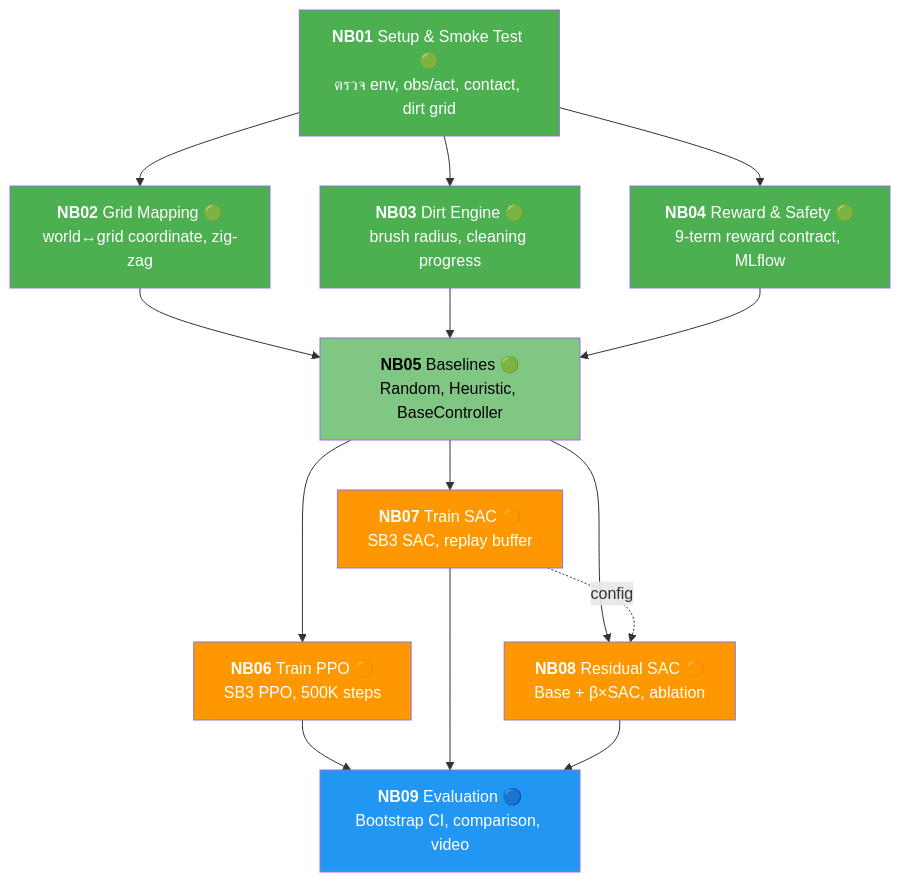
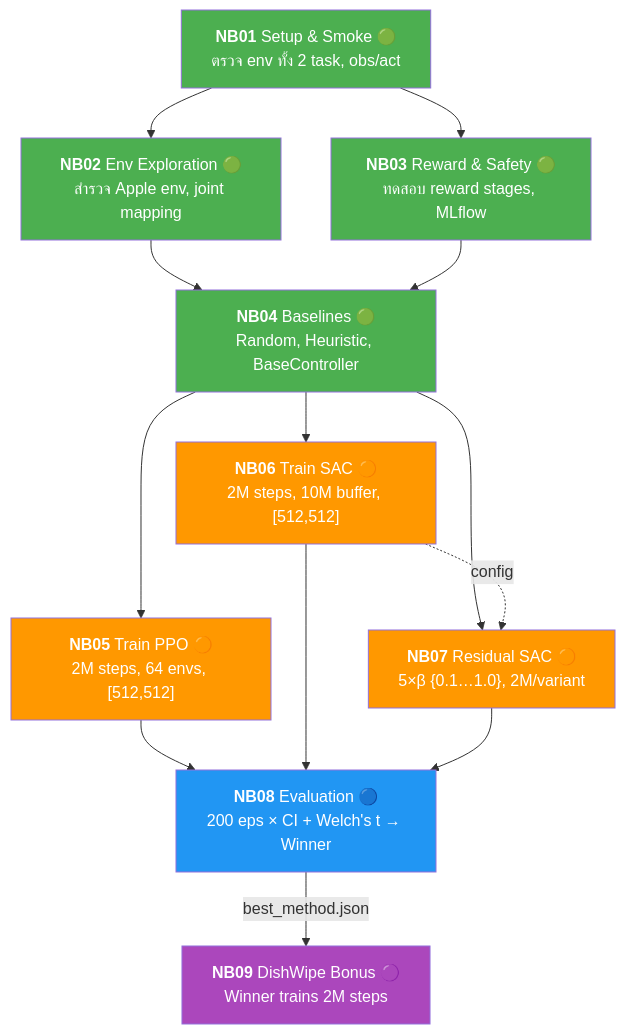
The diagram in README.md (siriponsri/robotic-sim-dishwash), drawn with Mermaid before and after one commit. The commit also changed other lines of this file and 68 other files, not shown here.

First line of the commit message:
refactor: Full-body G1 dual-task pipeline (Apple+DishWipe) for RTX 5090

````diff
--- a/README.md
+++ b/README.md
@@ -121,36 +173,35 @@
 ```mermaid
 graph TD
-    NB01["<b>NB01</b> Setup & Smoke Test 🟢<br/>ตรวจ env, obs/act, contact, dirt grid"]
-    NB02["<b>NB02</b> Grid Mapping 🟢<br/>world↔grid coordinate, zig-zag"]
-    NB03["<b>NB03</b> Dirt Engine 🟢<br/>brush radius, cleaning progress"]
-    NB04["<b>NB04</b> Reward & Safety 🟢<br/>9-term reward contract, MLflow"]
-    NB05["<b>NB05</b> Baselines 🟢<br/>Random, Heuristic, BaseController"]
-    NB06["<b>NB06</b> Train PPO 🟠<br/>SB3 PPO, 500K steps"]
-    NB07["<b>NB07</b> Train SAC 🟠<br/>SB3 SAC, replay buffer"]
-    NB08["<b>NB08</b> Residual SAC 🟠<br/>Base + β×SAC, ablation"]
-    NB09["<b>NB09</b> Evaluation 🔵<br/>Bootstrap CI, comparison, video"]
+    NB01["<b>NB01</b> Setup & Smoke 🟢<br/>ตรวจ env ทั้ง 2 task, obs/act"]
+    NB02["<b>NB02</b> Env Exploration 🟢<br/>สำรวจ Apple env, joint mapping"]
+    NB03["<b>NB03</b> Reward & Safety 🟢<br/>ทดสอบ reward stages, MLflow"]
+    NB04["<b>NB04</b> Baselines 🟢<br/>Random, Heuristic, BaseController"]
+    NB05["<b>NB05</b> Train PPO 🟠<br/>2M steps, 64 envs, [512,512]"]
+    NB06["<b>NB06</b> Train SAC 🟠<br/>2M steps, 10M buffer, [512,512]"]
+    NB07["<b>NB07</b> Residual SAC 🟠<br/>5×β {0.1…1.0}, 2M/variant"]
+    NB08["<b>NB08</b> Evaluation 🔵<br/>200 eps × CI + Welch's t → Winner"]
+    NB09["<b>NB09</b> DishWipe Bonus 🟣<br/>Winner trains 2M steps"]
 
     NB01 --> NB02
     NB01 --> NB03
-    NB01 --> NB04
-    NB02 --> NB05
-    NB03 --> NB05
+    NB02 --> NB04
+    NB03 --> NB04
     NB04 --> NB05
-    NB05 --> NB06
-    NB05 --> NB07
+    NB04 --> NB06
+    NB04 --> NB07
+    NB06 -.->|"config"| NB07
     NB05 --> NB08
-    NB07 -.->|"config"| NB08
-    NB06 --> NB09
-    NB07 --> NB09
-    NB08 --> NB09
+    NB06 --> NB08
+    NB07 --> NB08
+    NB08 -->|"best_method.json"| NB09
 
     style NB01 fill:#4CAF50,color:#fff
     style NB02 fill:#4CAF50,color:#fff
     style NB03 fill:#4CAF50,color:#fff
     style NB04 fill:#4CAF50,color:#fff
-    style NB05 fill:#81C784,color:#000
+    style NB05 fill:#FF9800,color:#fff
     style NB06 fill:#FF9800,color:#fff
     style NB07 fill:#FF9800,color:#fff
-    style NB08 fill:#FF9800,color:#fff
-    style NB09 fill:#2196F3,color:#fff
+    style NB08 fill:#2196F3,color:#fff
+    style NB09 fill:#AB47BC,color:#fff
 ```
````
